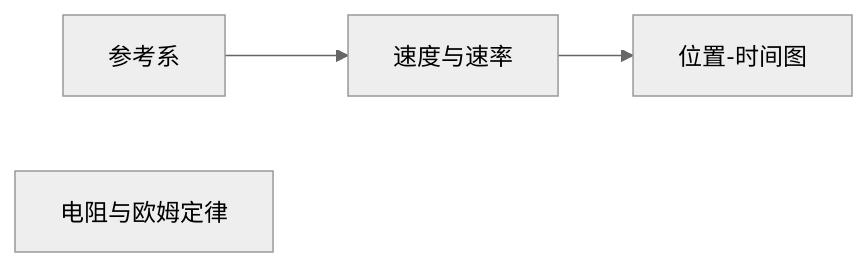
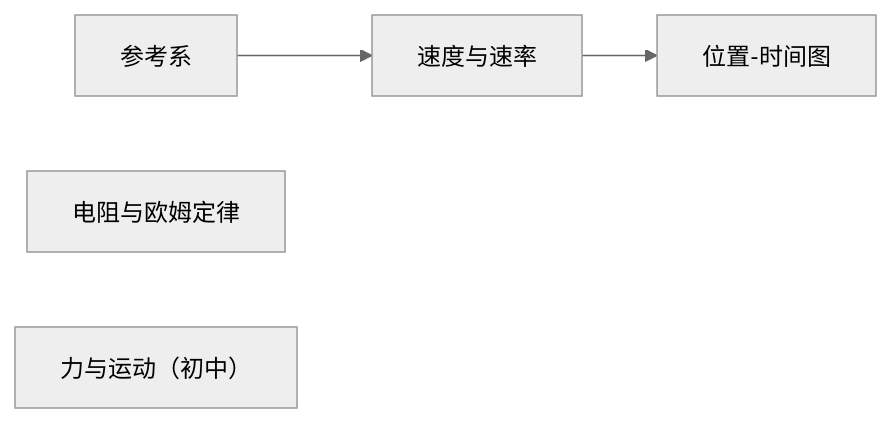
The first of 2 diagrams in knowledge/物理/README.md (hpleapfrog/Scholia), drawn with Mermaid (neutral theme) before and after one commit. The commit also changed other lines of this file and 4 other files, not shown here.

````diff
--- a/knowledge/物理/README.md
+++ b/knowledge/物理/README.md
@@ -5,5 +5,6 @@
 ```mermaid
 graph LR
   F["参考系"] --> S["速度与速率"] --> P["位置-时间图"]
   R["电阻与欧姆定律"]
+  N["力与运动（初中）"]
 ```
````
